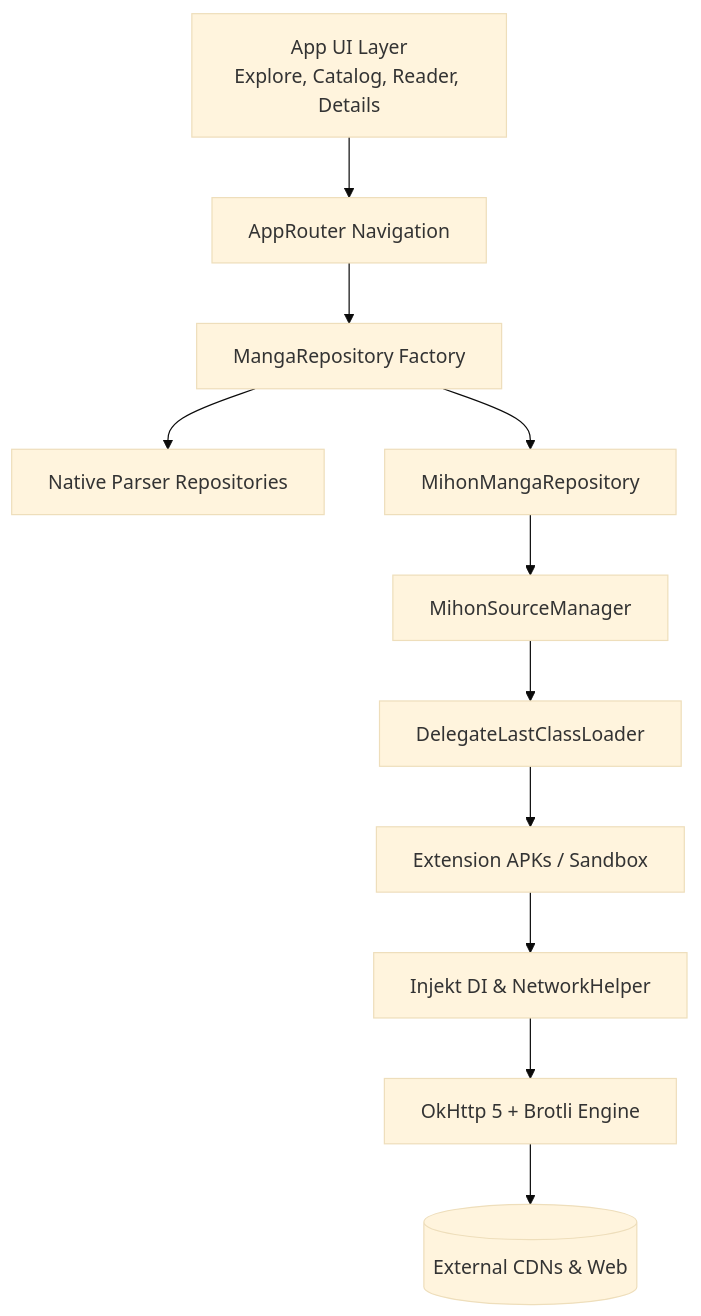
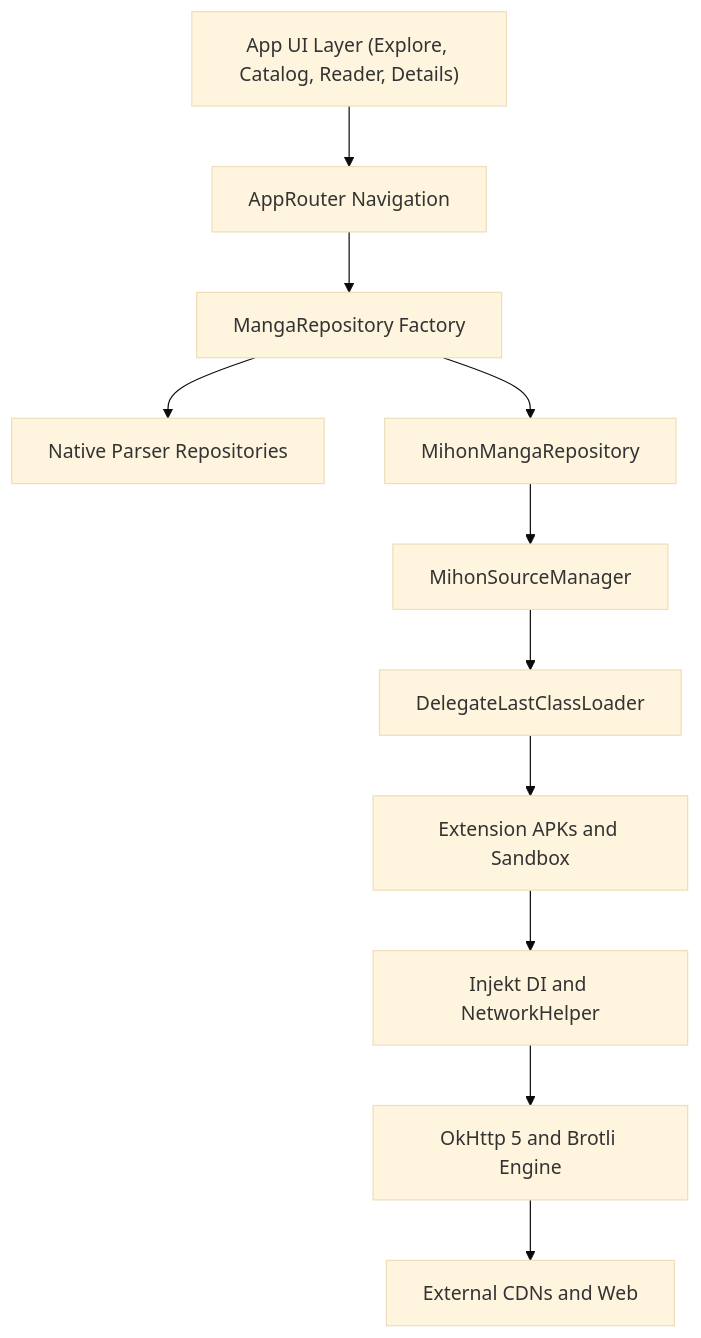
One commit to zeravrix/ZERAVRIX-Phone changed the diagram in README.md. Above: the diagram before and after it, drawn with Mermaid (base theme). The commit also changed other lines of this file, not shown here.

````diff
--- a/README.md
+++ b/README.md
@@ -48,15 +48,15 @@
 ```mermaid
 graph TD
-    UI[App UI Layer<br/>Explore, Catalog, Reader, Details] --> Router[AppRouter Navigation]
-    Router --> Repositories[MangaRepository Factory]
-    Repositories --> NativeRepo[Native Parser Repositories]
-    Repositories --> MihonRepo[MihonMangaRepository]
+    UI["App UI Layer (Explore, Catalog, Reader, Details)"] --> Router["AppRouter Navigation"]
+    Router --> Repositories["MangaRepository Factory"]
+    Repositories --> NativeRepo["Native Parser Repositories"]
+    Repositories --> MihonRepo["MihonMangaRepository"]
     
-    MihonRepo --> SourceManager[MihonSourceManager]
-    SourceManager --> ClassLoader[DelegateLastClassLoader]
-    ClassLoader --> ExtAPK[Extension APKs / Sandbox]
+    MihonRepo --> SourceManager["MihonSourceManager"]
+    SourceManager --> ClassLoader["DelegateLastClassLoader"]
+    ClassLoader --> ExtAPK["Extension APKs and Sandbox"]
     
-    ExtAPK --> Injekt[Injekt DI & NetworkHelper]
-    Injekt --> OkHttp[OkHttp 5 + Brotli Engine]
-    OkHttp --> Network[(External CDNs & Web)]
+    ExtAPK --> Injekt["Injekt DI and NetworkHelper"]
+    Injekt --> OkHttp["OkHttp 5 and Brotli Engine"]
+    OkHttp --> Network["External CDNs and Web"]
 ```
````
